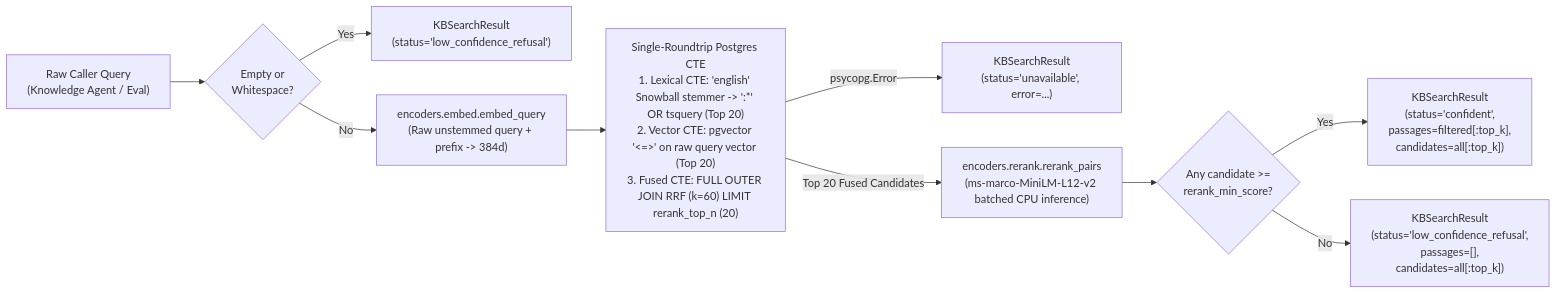
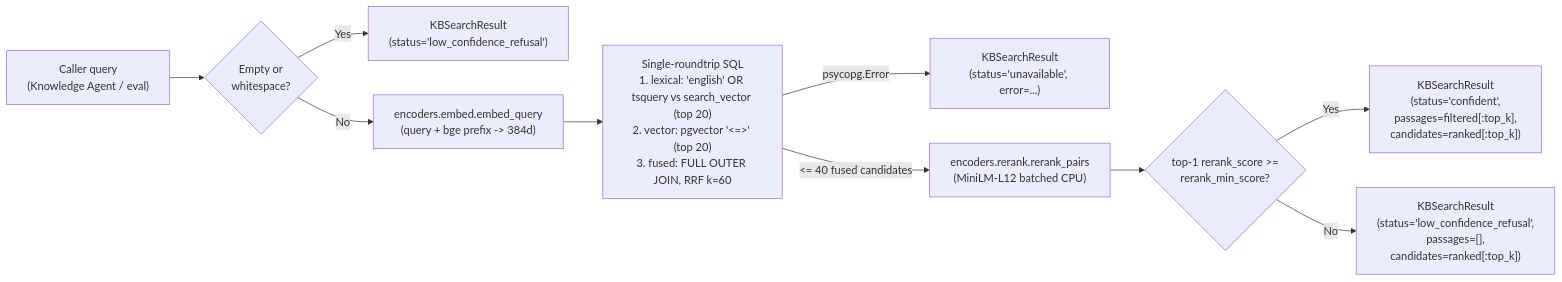
One commit to yaara-manor/cato-networks changed the diagram in docs/plans/14-kb_retrieval_and_lookup_policy/design.md. Above: the diagram before and after it, drawn with Mermaid. The commit also changed other lines of this file, not shown here.

````diff
--- a/docs/plans/14-kb_retrieval_and_lookup_policy/design.md
+++ b/docs/plans/14-kb_retrieval_and_lookup_policy/design.md
@@ -44,12 +44,12 @@
 ```mermaid
 flowchart LR
-    Query["Raw Caller Query\n(Knowledge Agent / Eval)"] --> Guard{"Empty or\nWhitespace?"}
+    Query["Caller query\n(Knowledge Agent / eval)"] --> Guard{"Empty or\nwhitespace?"}
     Guard -- Yes --> Refusal["KBSearchResult\n(status='low_confidence_refusal')"]
-    Guard -- No --> Embed["encoders.embed.embed_query\n(Raw unstemmed query + prefix -> 384d)"]
-    Embed --> HybridSQL["Single-Roundtrip Postgres CTE\n1. Lexical CTE: 'english' Snowball stemmer -> ':*' OR tsquery (Top 20)\n2. Vector CTE: pgvector '<=>' on raw query vector (Top 20)\n3. Fused CTE: FULL OUTER JOIN RRF (k=60) LIMIT rerank_top_n (20)"]
+    Guard -- No --> Embed["encoders.embed.embed_query\n(query + bge prefix -> 384d)"]
+    Embed --> HybridSQL["Single-roundtrip SQL\n1. lexical: 'english' OR tsquery vs search_vector (top 20)\n2. vector: pgvector '<=>' (top 20)\n3. fused: FULL OUTER JOIN, RRF k=60"]
     HybridSQL -- "psycopg.Error" --> Unavail["KBSearchResult\n(status='unavailable', error=...)"]
-    HybridSQL -- "Top 20 Fused Candidates" --> Rerank["encoders.rerank.rerank_pairs\n(ms-marco-MiniLM-L12-v2 batched CPU inference)"]
-    Rerank --> Gate{"Any candidate >=\nrerank_min_score?"}
-    Gate -- Yes --> Confident["KBSearchResult\n(status='confident',\npassages=filtered[:top_k],\ncandidates=all[:top_k])"]
-    Gate -- No --> LowConf["KBSearchResult\n(status='low_confidence_refusal',\npassages=[],\ncandidates=all[:top_k])"]
+    HybridSQL -- "<= 40 fused candidates" --> Rerank["encoders.rerank.rerank_pairs\n(MiniLM-L12 batched CPU)"]
+    Rerank --> Gate{"top-1 rerank_score >=\nrerank_min_score?"}
+    Gate -- Yes --> Confident["KBSearchResult\n(status='confident',\npassages=filtered[:top_k],\ncandidates=ranked[:top_k])"]
+    Gate -- No --> LowConf["KBSearchResult\n(status='low_confidence_refusal',\npassages=[],\ncandidates=ranked[:top_k])"]
 ```
````
